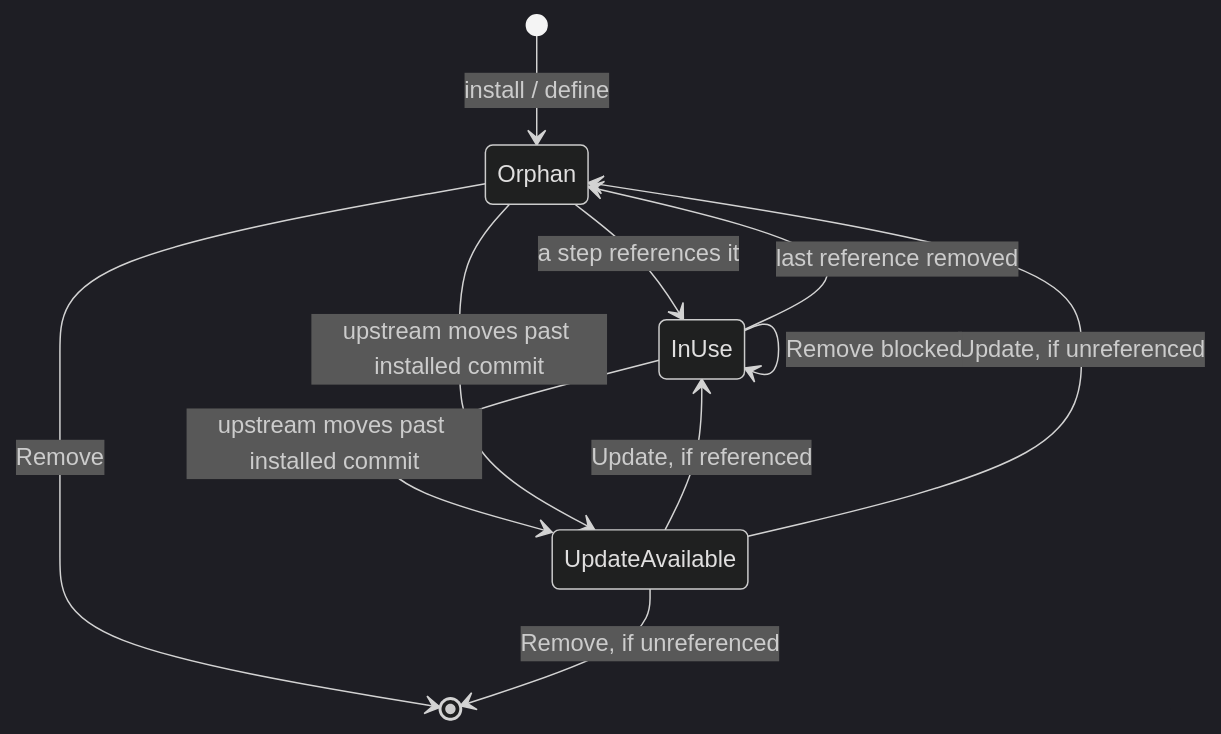
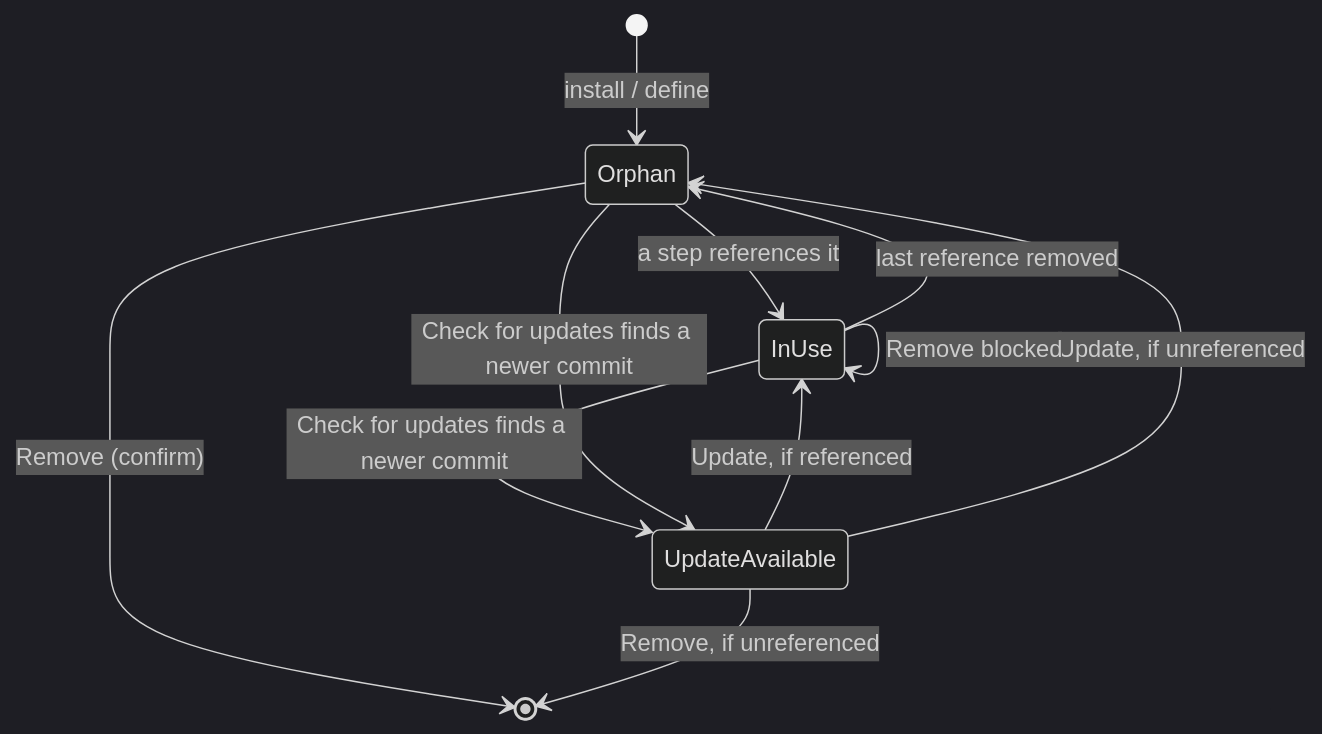
Before and after one commit to ClearCloudSoftware/flowboard: the diagram in docs/FlowBoard/Capability Library/Updating And Removing Capabilities.md, drawn with Mermaid (dark theme). The commit also changed other lines of this file and 23 other files, not shown here.

````diff
--- a/docs/FlowBoard/Capability Library/Updating And Removing Capabilities.md
+++ b/docs/FlowBoard/Capability Library/Updating And Removing Capabilities.md
@@ -10,13 +12,13 @@
 ```mermaid
 stateDiagram-v2
   [*] --> Orphan: install / define
   Orphan --> InUse: a step references it
   InUse --> Orphan: last reference removed
-  InUse --> UpdateAvailable: upstream moves past installed commit
-  Orphan --> UpdateAvailable: upstream moves past installed commit
+  InUse --> UpdateAvailable: Check for updates finds a newer commit
+  Orphan --> UpdateAvailable: Check for updates finds a newer commit
   UpdateAvailable --> InUse: Update, if referenced
   UpdateAvailable --> Orphan: Update, if unreferenced
-  Orphan --> [*]: Remove
+  Orphan --> [*]: Remove (confirm)
   UpdateAvailable --> [*]: Remove, if unreferenced
   InUse --> InUse: Remove blocked
 ```
````
